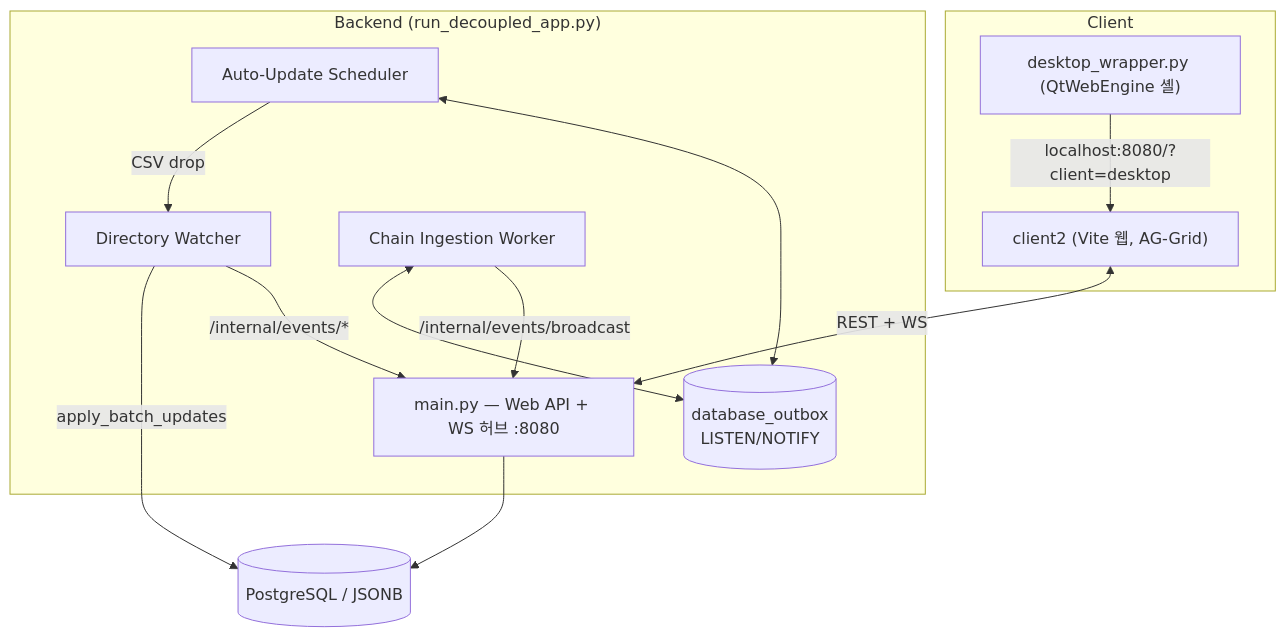
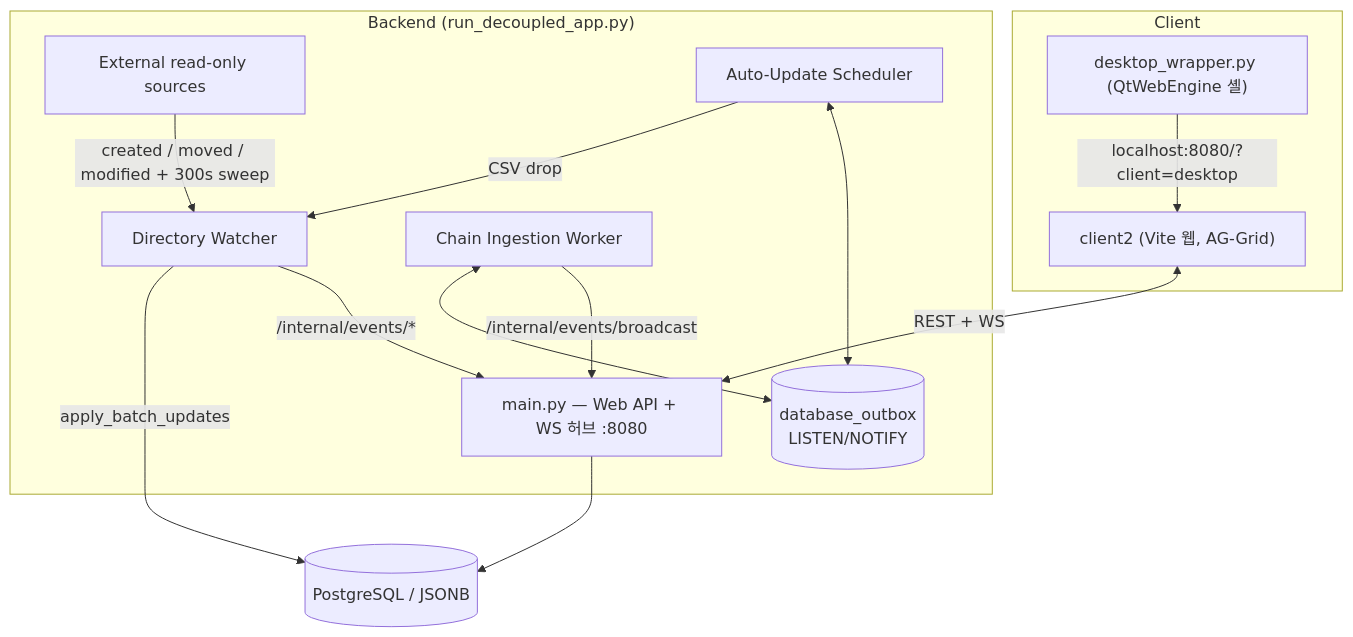
One commit to tiger4432/tableManager changed the diagram in docs/overview/SYSTEM_OVERVIEW.md. Above: the diagram before and after it, drawn with Mermaid. The commit also changed other lines of this file and 11 other files, not shown here.

Commit message:
feat(ingestion): watch read-only external void sources

````diff
--- a/docs/overview/SYSTEM_OVERVIEW.md
+++ b/docs/overview/SYSTEM_OVERVIEW.md
@@ -49,25 +49,27 @@
 ```mermaid
 graph TD
     subgraph Client
         WEB["client2 (Vite 웹, AG-Grid)"]
         SHELL["desktop_wrapper.py (QtWebEngine 셸)"]
         SHELL -->|localhost:8080/?client=desktop| WEB
     end
 
     subgraph "Backend (run_decoupled_app.py)"
         API["main.py — Web API + WS 허브 :8080"]
         WATCH["Directory Watcher"]
+        EXT["External read-only sources"]
         SCHED["Auto-Update Scheduler"]
         CHAIN["Chain Ingestion Worker"]
         OUTBOX[("database_outbox\nLISTEN/NOTIFY")]
     end
 
     WEB <-->|REST + WS| API
     SCHED -->|CSV drop| WATCH
+    EXT -->|created / moved / modified + 300s sweep| WATCH
     WATCH -->|apply_batch_updates| DB[("PostgreSQL / JSONB")]
     API --> DB
     CHAIN <--> OUTBOX
     SCHED <--> OUTBOX
     WATCH -->|/internal/events/*| API
     CHAIN -->|/internal/events/broadcast| API
 ```
````
